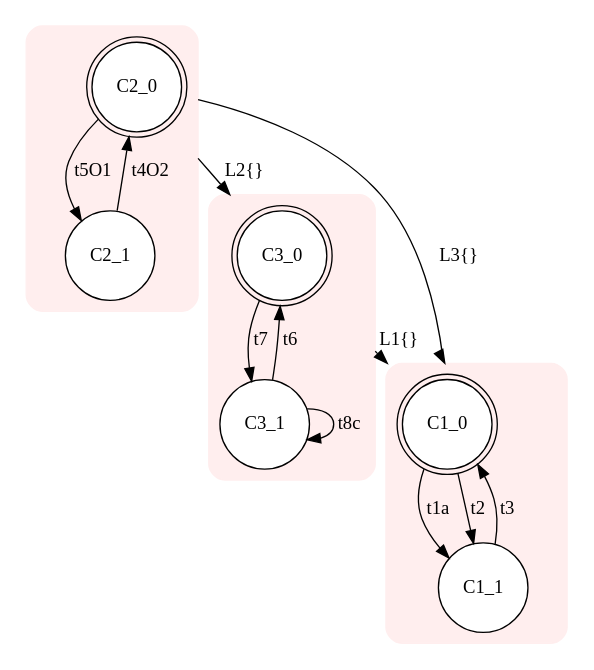
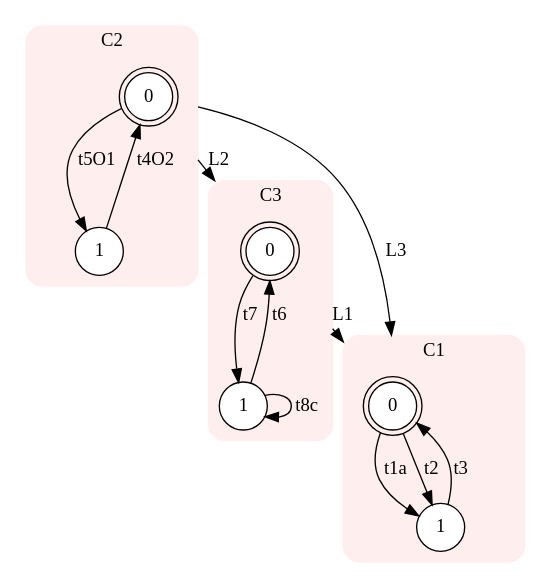
One commit to Stefano-BS/Explanatory-Diagnosis changed the diagram in input/i.dot. Above: the diagram before and after it, drawn with Graphviz. The commit also changed 40 other files, not shown here.

```diff
--- a/input/i.dot
+++ b/input/i.dot
@@ -1,26 +1,29 @@
 digraph "input/i" {
 node [style=filled fillcolor=white] compound=true
+subgraph cluster0 {
+style="rounded,filled" label="C1" color="#FFEEEE"node [shape=doublecircle]; C0s0 [label=0];
+node [shape=circle];
+C0s1 [label=1]; 
+C0s0 -> C0s1 [label="t1a"];
+C0s0 -> C0s1 [label="t2"];
+C0s1 -> C0s0 [label="t3"];
+}
 subgraph cluster1 {
-style="rounded,filled" color="#FFEEEE"node [shape=doublecircle]; C1_0;
+style="rounded,filled" label="C2" color="#FFEEEE"node [shape=doublecircle]; C1s0 [label=0];
 node [shape=circle];
-C1_0 -> C1_1 [label="t1a"];
-C1_0 -> C1_1 [label="t2"];
-C1_1 -> C1_0 [label="t3"];
+C1s1 [label=1]; 
+C1s1 -> C1s0 [label="t4O2"];
+C1s0 -> C1s1 [label="t5O1"];
 }
 subgraph cluster2 {
-style="rounded,filled" color="#FFEEEE"node [shape=doublecircle]; C2_0;
+style="rounded,filled" label="C3" color="#FFEEEE"node [shape=doublecircle]; C2s0 [label=0];
 node [shape=circle];
-C2_1 -> C2_0 [label="t4O2"];
-C2_0 -> C2_1 [label="t5O1"];
+C2s1 [label=1]; 
+C2s1 -> C2s0 [label="t6"];
+C2s0 -> C2s1 [label="t7"];
+C2s1 -> C2s1 [label="t8c"];
 }
-subgraph cluster3 {
-style="rounded,filled" color="#FFEEEE"node [shape=doublecircle]; C3_0;
-node [shape=circle];
-C3_1 -> C3_0 [label="t6"];
-C3_0 -> C3_1 [label="t7"];
-C3_1 -> C3_1 [label="t8c"];
+C2s0 -> C0s0 [ltail=cluster2 lhead=cluster0 label="L1"];
+C1s0 -> C2s0 [ltail=cluster1 lhead=cluster2 label="L2"];
+C1s0 -> C0s0 [ltail=cluster1 lhead=cluster0 label="L3"];
 }
-C3_0 -> C1_0 [ltail=cluster3 lhead=cluster1 label="L1{}"];
-C2_0 -> C3_0 [ltail=cluster2 lhead=cluster3 label="L2{}"];
-C2_0 -> C1_0 [ltail=cluster2 lhead=cluster1 label="L3{}"];
-}
```
